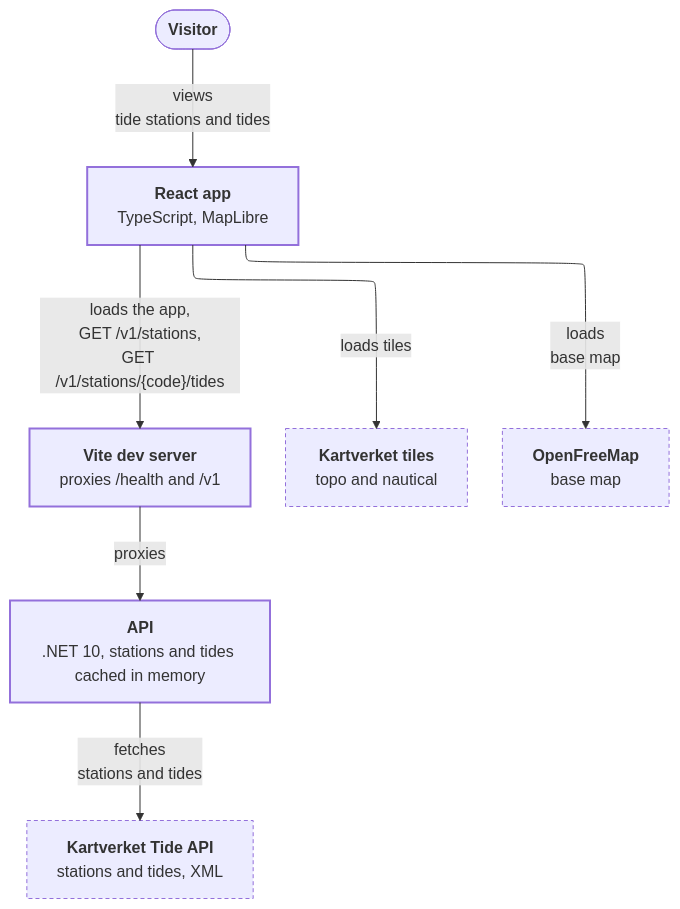
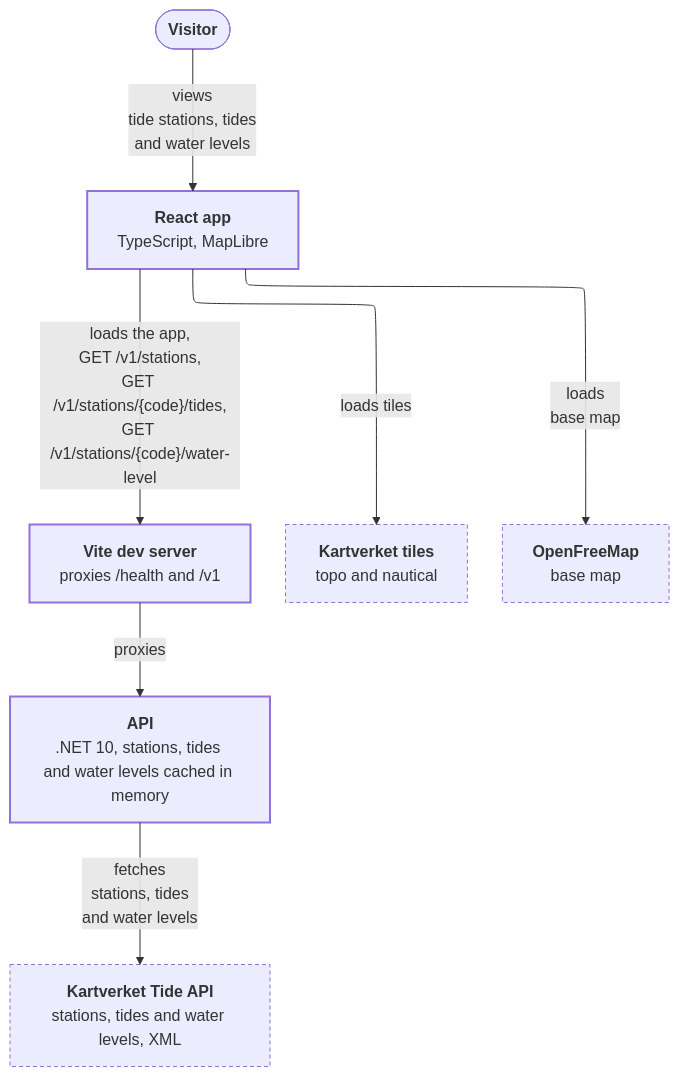
One commit to doccelick/tides changed the second of 3 diagrams in docs/architecture.md. Above: the diagram before and after it, drawn with Mermaid. The commit also changed other lines of this file and 30 other files, not shown here.

First line of the commit message:
Feature/current water level (#50)

````diff
--- a/docs/architecture.md
+++ b/docs/architecture.md
@@ -42,29 +42,29 @@
 ```mermaid
 ---
 config:
   layout: elk
   elk:
     mergeEdges: false
     nodePlacementStrategy: BRANDES_KOEPF
 ---
 flowchart TB
     visitor(["<b>Visitor</b>"])
 
     spa["<b>React app</b><br/>TypeScript, MapLibre"]:::tides
     vite["<b>Vite dev server</b><br/>proxies /health and /v1"]:::tides
-    api["<b>API</b><br/>.NET 10, stations and tides cached in memory"]:::tides
+    api["<b>API</b><br/>.NET 10, stations, tides and water levels cached in memory"]:::tides
 
     tiles["<b>Kartverket tiles</b><br/>topo and nautical"]:::ext
     baseMap["<b>OpenFreeMap</b><br/>base map"]:::ext
-    tideApi["<b>Kartverket Tide API</b><br/>stations and tides, XML"]:::ext
+    tideApi["<b>Kartverket Tide API</b><br/>stations, tides and water levels, XML"]:::ext
 
-    visitor -- "views<br/>tide stations and tides" --> spa
-    spa -- "loads the app,<br/>GET /v1/stations,<br/>GET /v1/stations/{code}/tides" --> vite
+    visitor -- "views<br/>tide stations, tides<br/>and water levels" --> spa
+    spa -- "loads the app,<br/>GET /v1/stations,<br/>GET /v1/stations/{code}/tides,<br/>GET /v1/stations/{code}/water-level" --> vite
     vite -- "proxies" --> api
     spa -- "loads tiles" --> tiles
     spa -- "loads<br/>base map" --> baseMap
-    api -- "fetches<br/>stations and tides" --> tideApi
+    api -- "fetches<br/>stations, tides<br/>and water levels" --> tideApi
 
     classDef tides stroke-width:2px
     classDef ext stroke-dasharray:4 3
 ```
````
